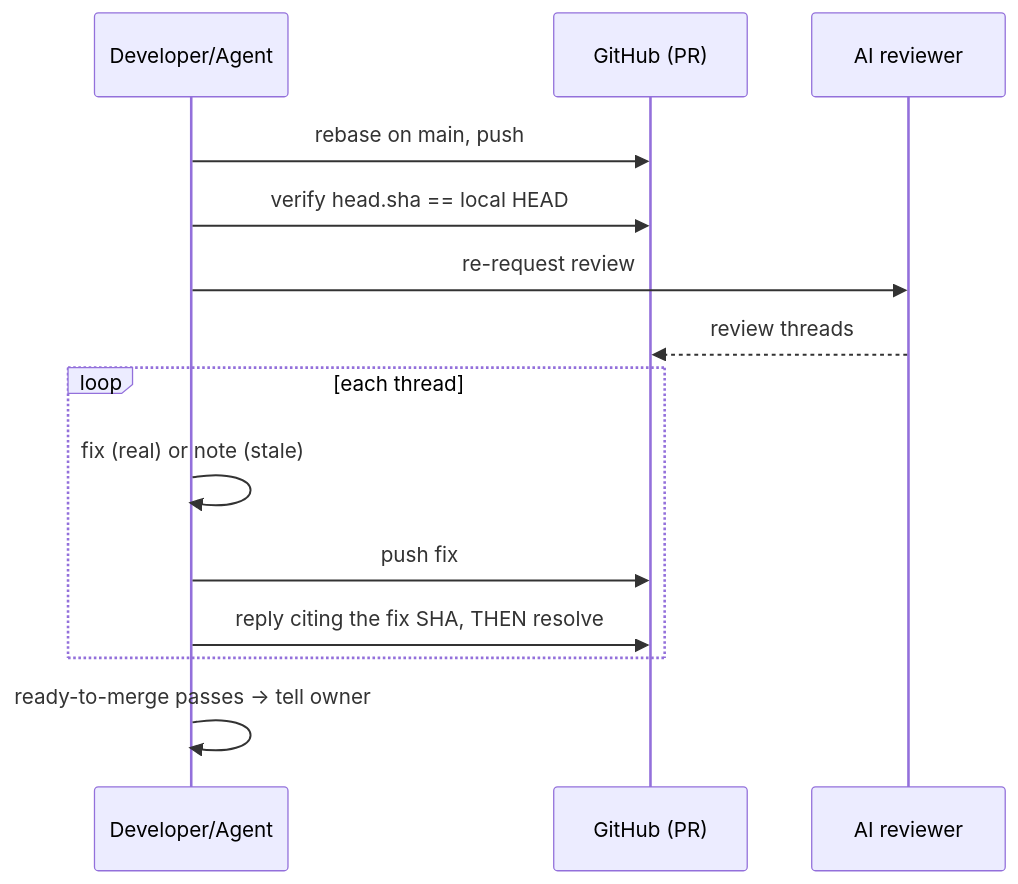
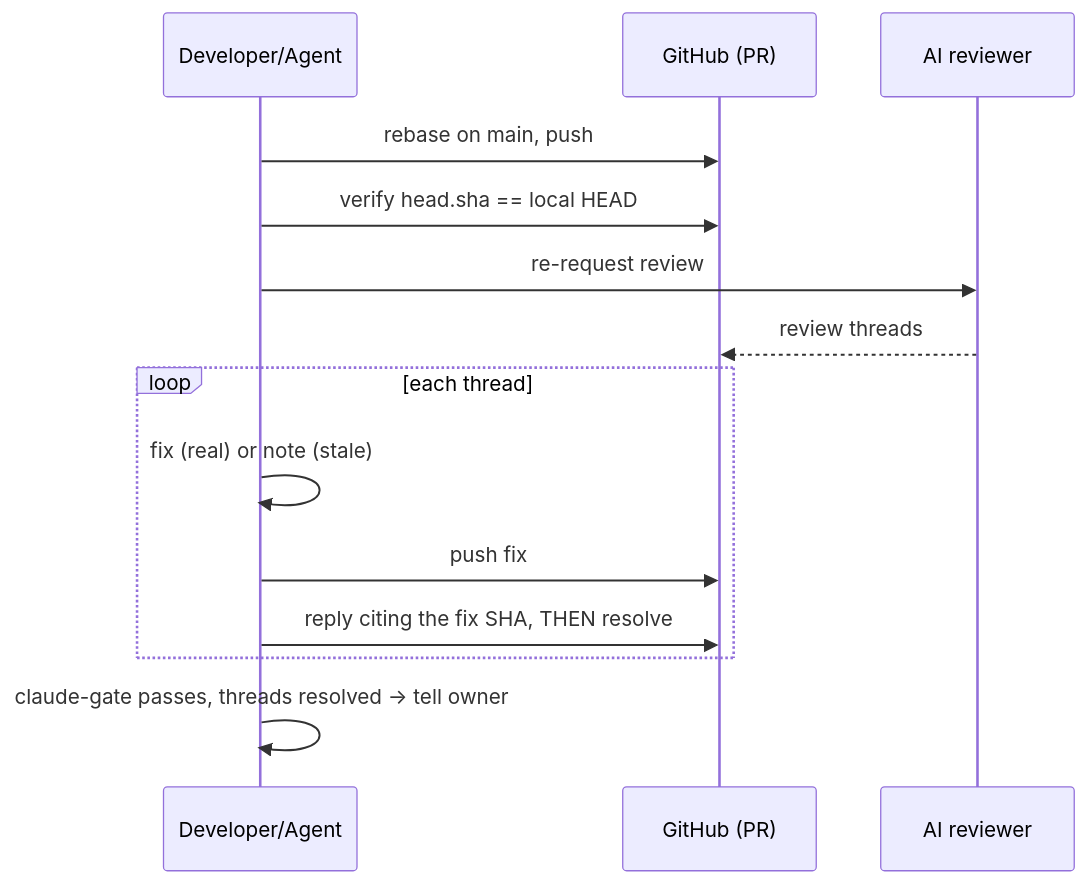
The second of 3 diagrams in docs/handbook/review-merge-release.md (erikunha/portfolio), drawn with Mermaid before and after one commit. The commit also changed other lines of this file and 24 other files, not shown here.

First line of the commit message:
chore(harness): delete the bespoke PR-gate wrappers and the mermaid syntax check

````diff
--- a/docs/handbook/review-merge-release.md
+++ b/docs/handbook/review-merge-release.md
@@ -55,16 +54,16 @@
 ```mermaid
 sequenceDiagram
     participant D as Developer/Agent
     participant GH as GitHub (PR)
     participant CP as AI reviewer
     D->>GH: rebase on main, push
     D->>GH: verify head.sha == local HEAD
     D->>CP: re-request review
     CP-->>GH: review threads
     loop each thread
         D->>D: fix (real) or note (stale)
         D->>GH: push fix
         D->>GH: reply citing the fix SHA, THEN resolve
     end
-    D->>D: ready-to-merge passes -> tell owner
+    D->>D: claude-gate passes, threads resolved -> tell owner
 ```
````
